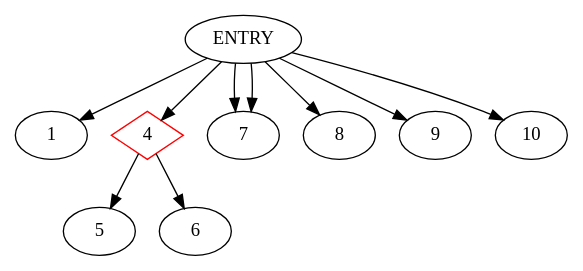
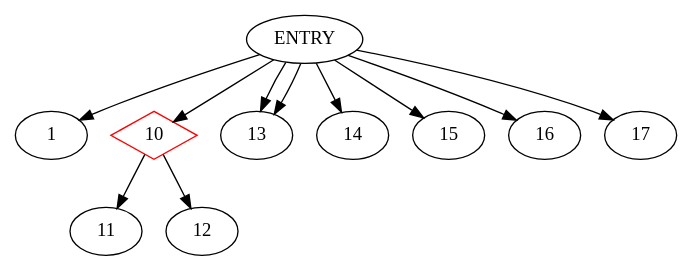
The diagram in Testgen/Testgen_Sonam/Testgen/CDG.dot (akshitij/TestgenRepo), drawn with Graphviz before and after one commit. The commit also changed 31 other files, not shown here.

```diff
--- a/Testgen/Testgen_Sonam/Testgen/CDG.dot
+++ b/Testgen/Testgen_Sonam/Testgen/CDG.dot
@@ -1,12 +1,13 @@
 digraph CDG {
 ENTRY -> 1
-4 [shape=diamond, color=red]
-ENTRY -> 4
-4-> 5
-4-> 6
-ENTRY -> 7
-ENTRY -> 7
-ENTRY -> 8
-ENTRY -> 9
+10 [shape=diamond, color=red]
 ENTRY -> 10
+10-> 11
+10-> 12
+ENTRY -> 13
+ENTRY -> 13
+ENTRY -> 14
+ENTRY -> 15
+ENTRY -> 16
+ENTRY -> 17
 }
```
